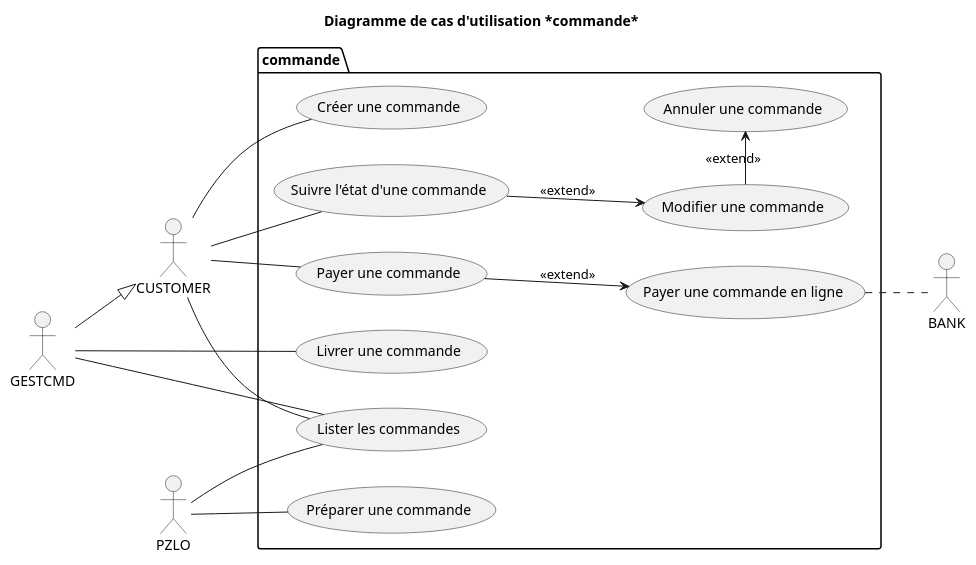
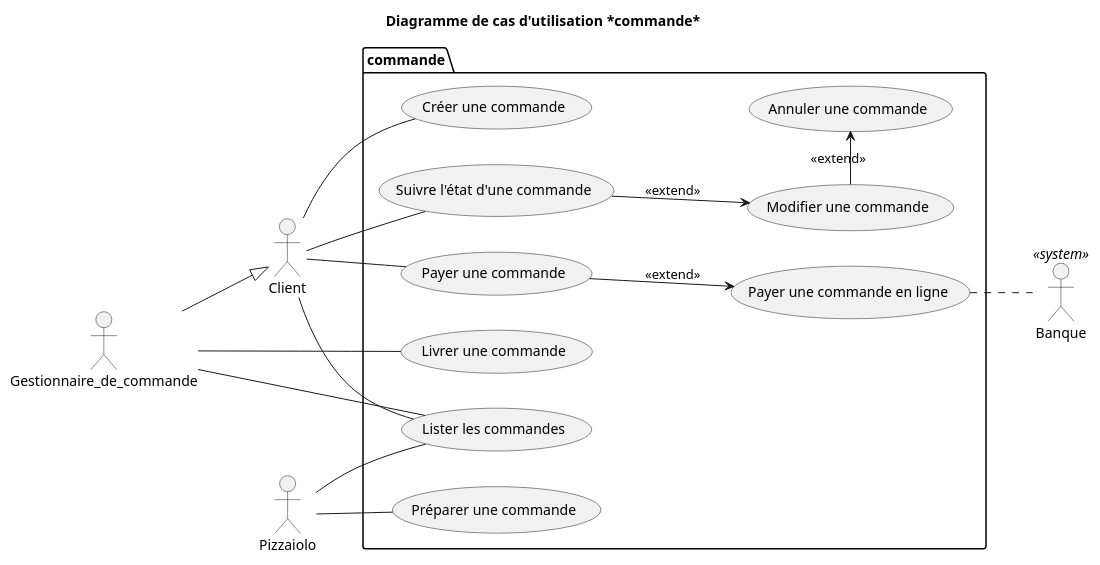
One commit to Zepmanbc/oc_dapython_pr4 changed the diagram in doc/uml/03_commande.puml. Above: the diagram before and after it, drawn with PlantUML. The commit also changed 3 other files, not shown here.

Commit message:
correction des noms dans les diagrammes

```diff
--- a/doc/uml/03_commande.puml
+++ b/doc/uml/03_commande.puml
@@ -1,39 +1,39 @@
 @startuml 03_commande
 title Diagramme de cas d'utilisation *commande*
 
-' actor Gestionnaire_de_commande as GESTCMD
-' actor Client as CUSTOMER
+actor Gestionnaire_de_commande as GESTCMD
+actor Client as CUSTOMER
 ' actor Gestionnaire_de_stock as GESTSTOCK
-' actor Pizzaiolo as PZLO
+actor Pizzaiolo as PZLO
 ' actor Responsable as BOSS
-' actor Banque <<system>> as BANK
+actor Banque <<system>> as BANK
 
 package commande{
     left to right direction
     (Créer une commande) as CREATE_CMD
     (Préparer une commande) as MAKE_CMD
     (Livrer une commande) as DELIVER_CMD
     (Modifier une commande) as MODIFY_CMD
     (Suivre l'état d'une commande) as FOLLOW_CMD
     (Payer une commande) as PAY_CMD
     (Payer une commande en ligne) as PAY_ONLINE_CMD
     (Annuler une commande) as CANCEL_CMD
     (Lister les commandes) AS LIST_CMD
 }
 
 CUSTOMER -- CREATE_CMD
 PZLO -- MAKE_CMD
 GESTCMD -- DELIVER_CMD
 GESTCMD -- LIST_CMD
 PZLO -- LIST_CMD
 CUSTOMER -- LIST_CMD
 CUSTOMER -- FOLLOW_CMD
 FOLLOW_CMD --> MODIFY_CMD: <<extend>>
 MODIFY_CMD -> CANCEL_CMD: <<extend>>
 CUSTOMER -- PAY_CMD
 PAY_CMD --> PAY_ONLINE_CMD: <<extend>>
 PAY_ONLINE_CMD .. BANK
 GESTCMD --|> CUSTOMER
 
 
 @enduml
```
